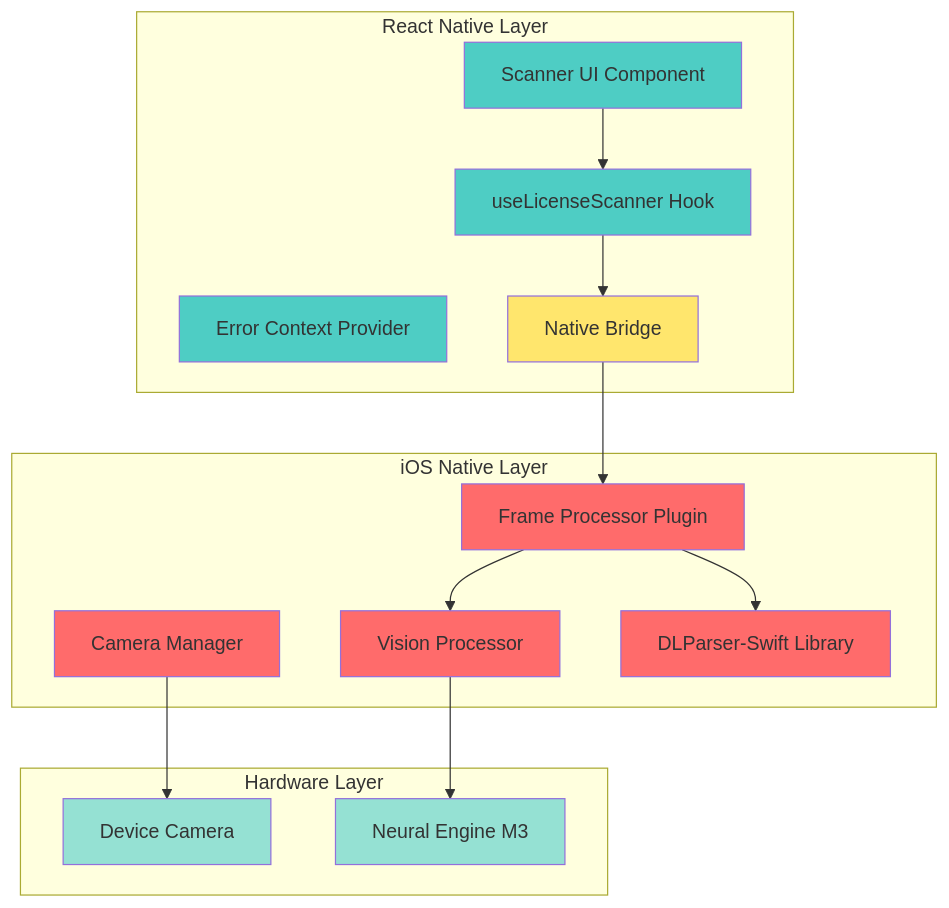
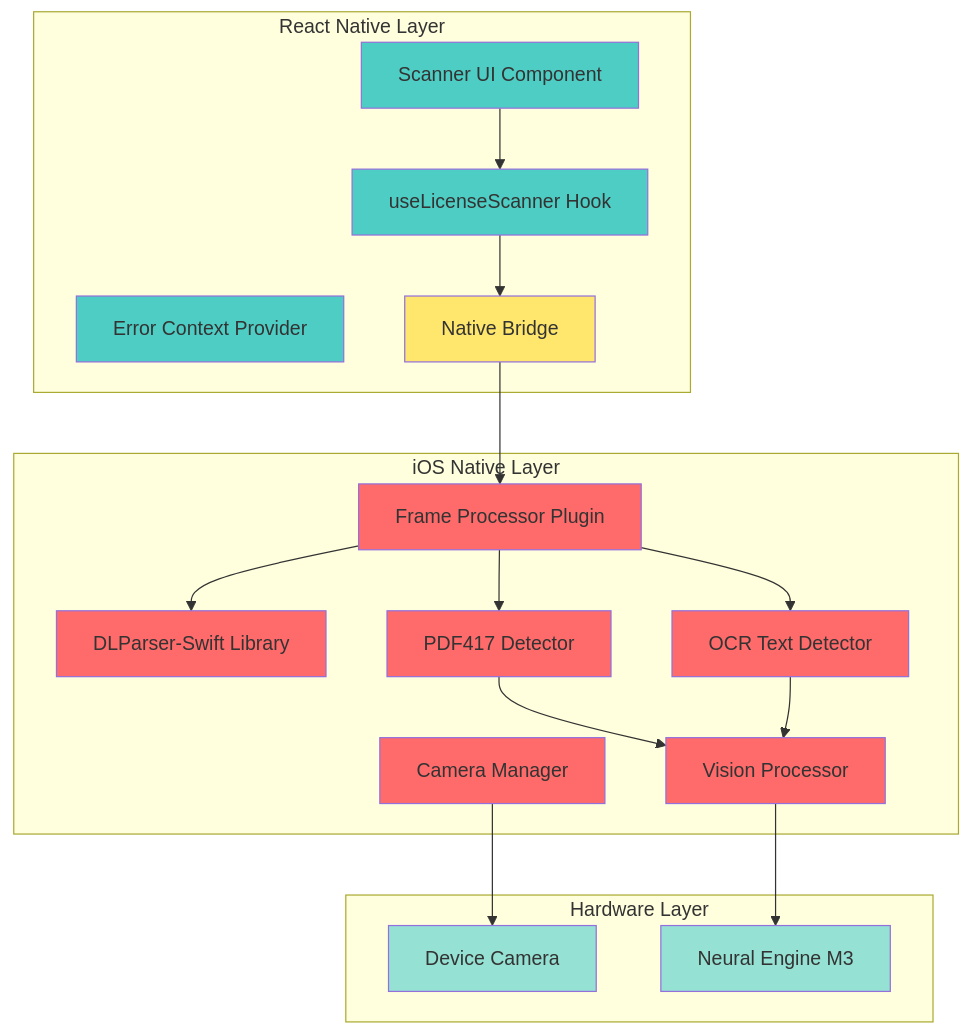
The first of 6 diagrams in docs/ARCHITECTURE_DIAGRAMS.md (iotashan/react-native-dl-scan), drawn with Mermaid before and after one commit. The commit also changed 6 other files, not shown here.

````diff
--- a/docs/ARCHITECTURE_DIAGRAMS.md
+++ b/docs/ARCHITECTURE_DIAGRAMS.md
@@ -9,40 +9,47 @@
 ```mermaid
 graph TB
     subgraph "React Native Layer"
         UI[Scanner UI Component]
         Hook[useLicenseScanner Hook]
         Context[Error Context Provider]
         Bridge[Native Bridge]
     end
     
     subgraph "iOS Native Layer"
         FP[Frame Processor Plugin]
         VP[Vision Processor]
         CM[Camera Manager]
         DLP[DLParser-Swift Library]
+        OCR[OCR Text Detector]
+        PDF[PDF417 Detector]
     end
     
     subgraph "Hardware Layer"
         Camera[Device Camera]
         NE[Neural Engine M3]
     end
     
     UI --> Hook
     Hook --> Bridge
     Bridge --> FP
-    FP --> VP
+    FP --> PDF
+    FP --> OCR
+    PDF --> VP
+    OCR --> VP
     FP --> DLP
     VP --> NE
     CM --> Camera
     
     style UI fill:#4ECDC4
     style Hook fill:#4ECDC4
     style Context fill:#4ECDC4
     style Bridge fill:#FFE66D
     style FP fill:#FF6B6B
     style VP fill:#FF6B6B
     style CM fill:#FF6B6B
     style DLP fill:#FF6B6B
+    style OCR fill:#FF6B6B
+    style PDF fill:#FF6B6B
     style Camera fill:#95E1D3
     style NE fill:#95E1D3
 ```
````
